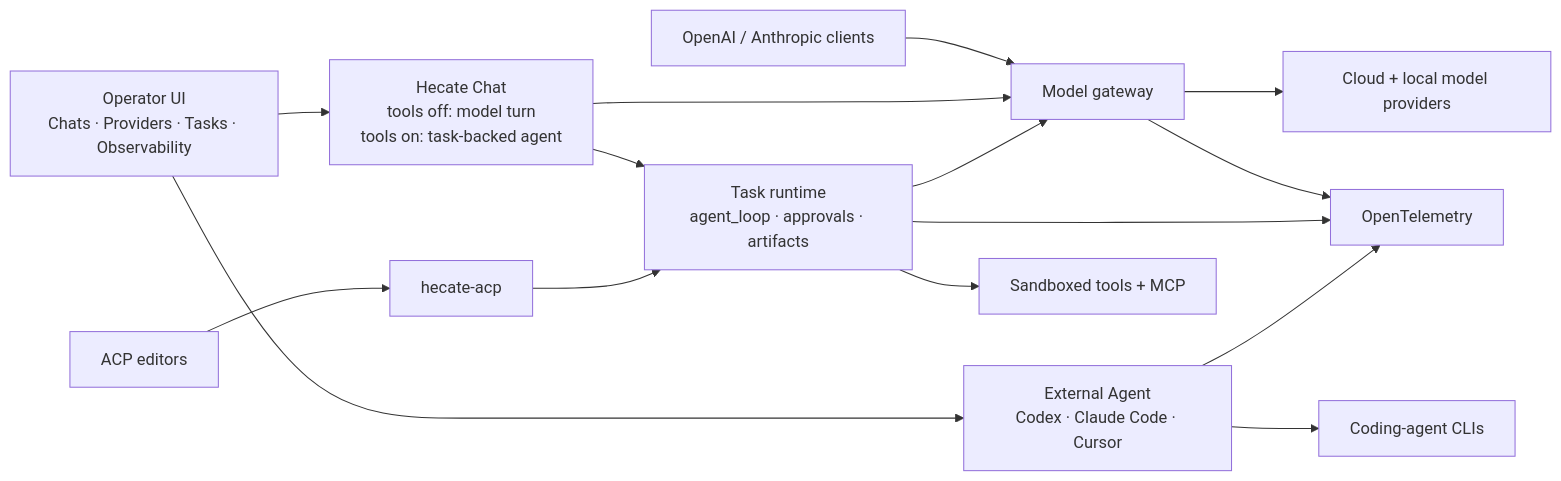
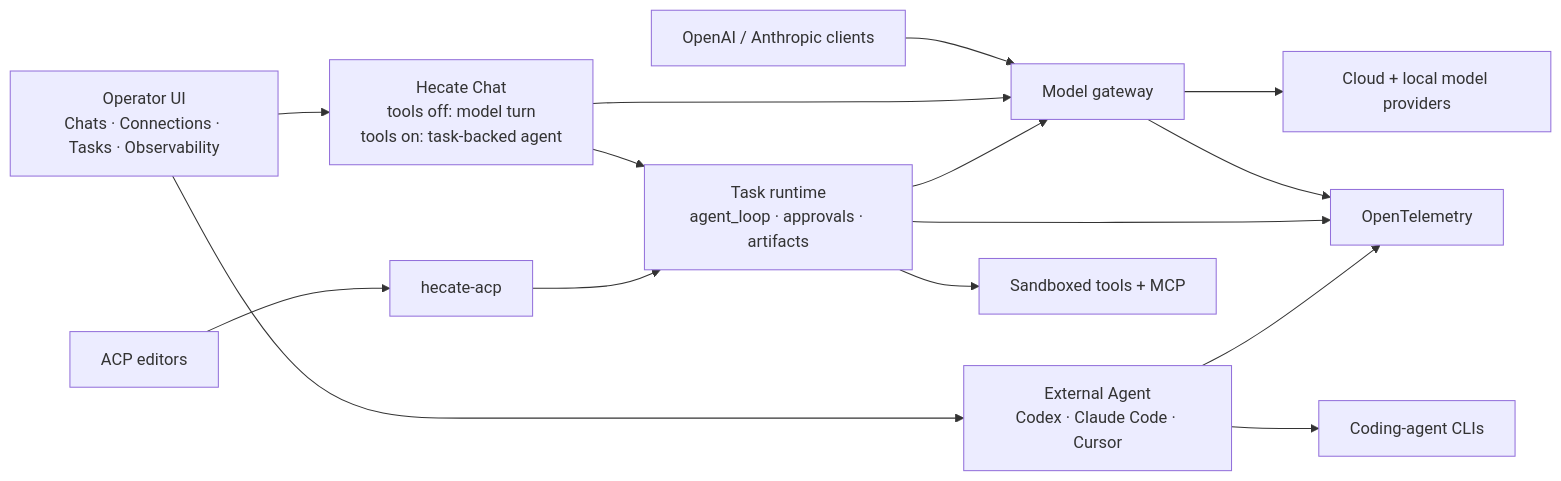
One commit to hecatehq/hecate changed the diagram in README.md. Above: the diagram before and after it, drawn with Mermaid. The commit also changed other lines of this file and 34 other files, not shown here.

````diff
--- a/README.md
+++ b/README.md
@@ -118,30 +118,30 @@
 ```mermaid
 flowchart LR
-    UI["Operator UI<br/>Chats · Providers · Tasks · Observability"]
+    UI["Operator UI<br/>Chats · Connections · Tasks · Observability"]
     Clients["OpenAI / Anthropic clients"]
     Editors["ACP editors"]
 
     Chat["Hecate Chat<br/>tools off: model turn<br/>tools on: task-backed agent"]
     Gateway["Model gateway"]
     Runtime["Task runtime<br/>agent_loop · approvals · artifacts"]
     External["External Agent<br/>Codex · Claude Code · Cursor"]
     ACP["hecate-acp"]
 
     UI --> Chat
     UI --> External
     Clients --> Gateway
     Editors --> ACP
 
     Chat --> Gateway
     Chat --> Runtime
     ACP --> Runtime
     External --> AgentCLIs["Coding-agent CLIs"]
 
     Runtime --> Gateway
     Gateway --> Providers["Cloud + local model providers"]
     Runtime --> Tools["Sandboxed tools + MCP"]
 
     Gateway --> OTel["OpenTelemetry"]
     Runtime --> OTel
     External --> OTel
 ```
````
